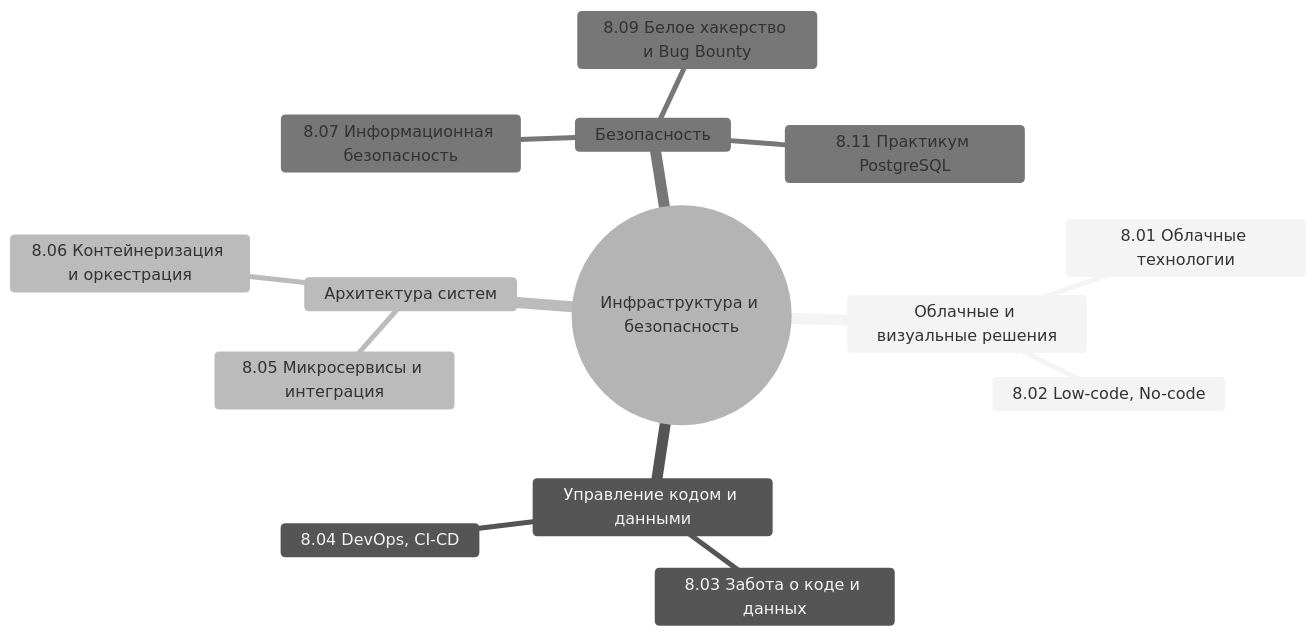
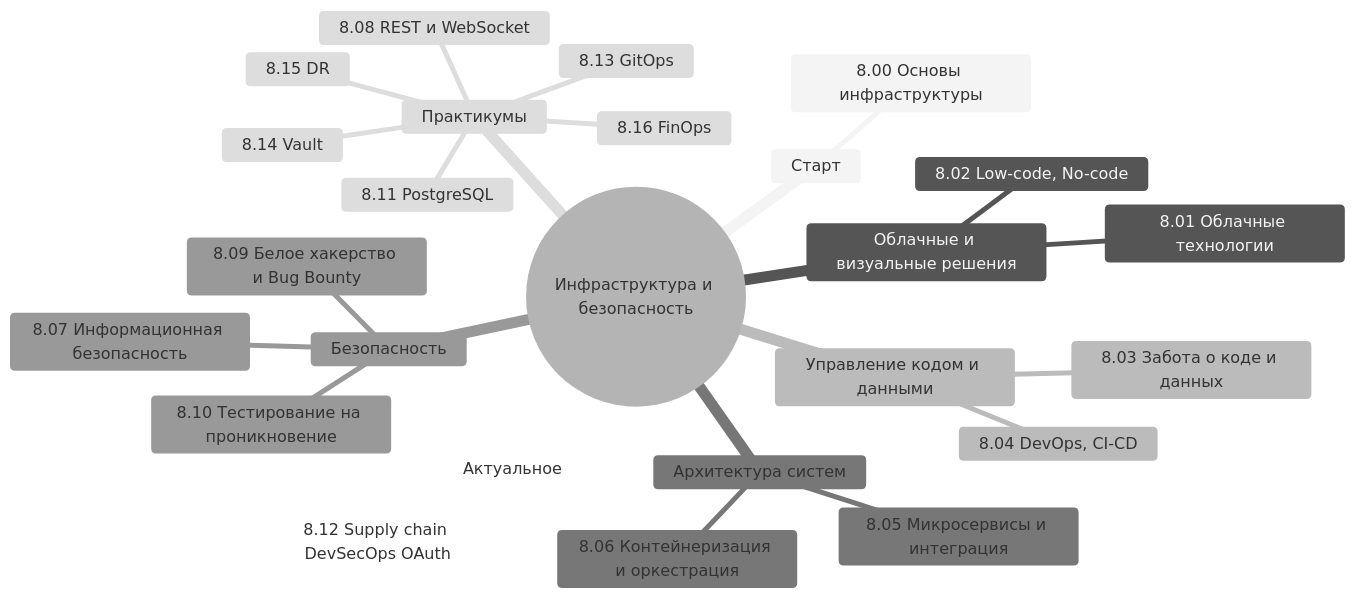
One commit to Spirzen/it-knowledge-base changed the diagram in docs/section/infra-security.md. Above: the diagram before and after it, drawn with Mermaid (neutral theme). The commit also changed other lines of this file and 315 other files, not shown here.

````diff
--- a/docs/section/infra-security.md
+++ b/docs/section/infra-security.md
@@ -20,17 +20,28 @@
 ```mermaid
 mindmap
   root((Инфраструктура и безопасность))
+    Старт
+      8.00 Основы инфраструктуры
     Облачные и визуальные решения
       8.01 Облачные технологии
       8.02 Low-code, No-code
     Управление кодом и данными
       8.03 Забота о коде и данных
       8.04 DevOps, CI-CD
     Архитектура систем
       8.05 Микросервисы и интеграция
       8.06 Контейнеризация и оркестрация
     Безопасность
       8.07 Информационная безопасность
       8.09 Белое хакерство и Bug Bounty
-      8.11 Практикум PostgreSQL
+      8.10 Тестирование на проникновение
+    Практикумы
+      8.08 REST и WebSocket
+      8.11 PostgreSQL
+      8.13 GitOps
+      8.14 Vault
+      8.15 DR
+      8.16 FinOps
+    Актуальное
+      8.12 Supply chain DevSecOps OAuth
 ```
````
